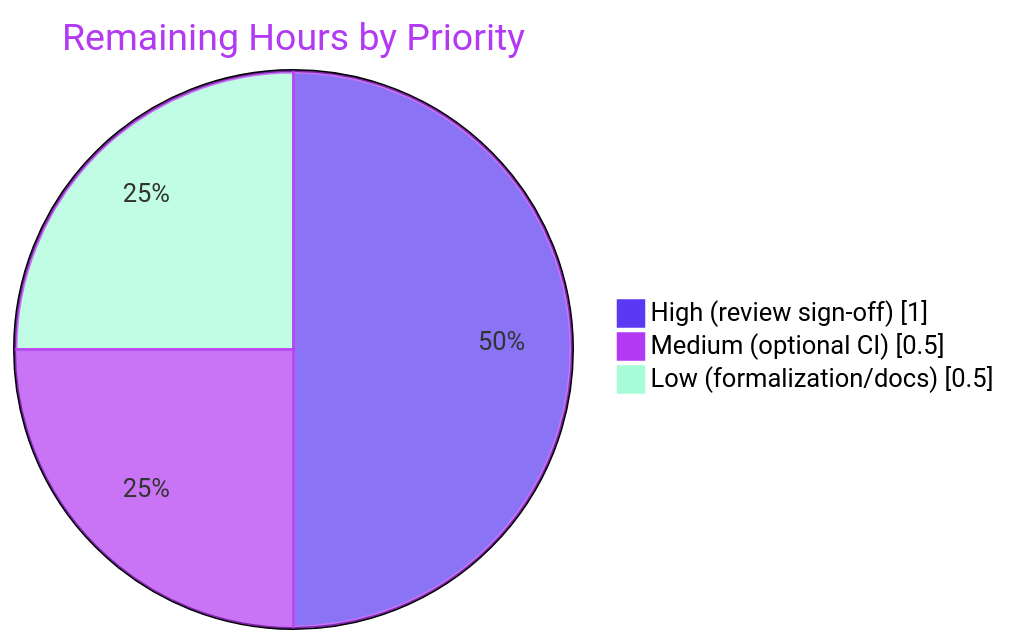
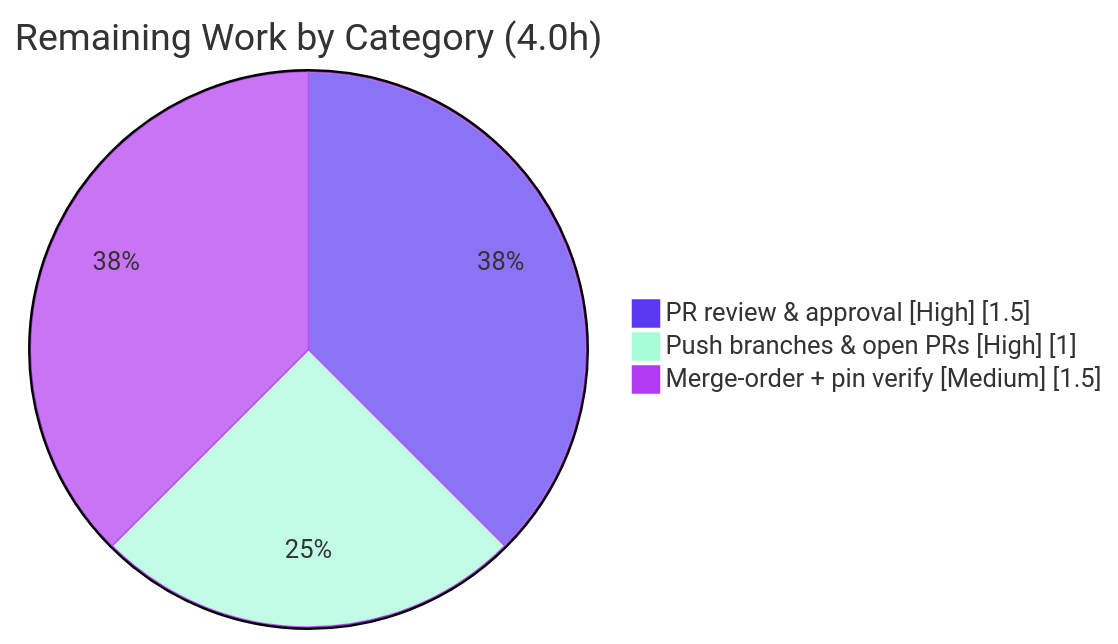
The third of 3 diagrams in blitzy/documentation/Project Guide.md (Adarsh26062002/blitzyignore-submodule-test), drawn with Mermaid before and after one commit. The commit also changed other lines of this file, not shown here.

Commit message:
Adding Blitzy Project Guide: Project Status and Human Tasks Remaining

````diff
--- a/blitzy/documentation/Project Guide.md
+++ b/blitzy/documentation/Project Guide.md
@@ -213,7 +205,7 @@
 ```mermaid
-%%{init: {'theme':'base','themeVariables':{'pie1':'#5B39F3','pie2':'#B23AF2','pie3':'#A8FDD9','pieStrokeColor':'#B23AF2','pieTitleTextColor':'#B23AF2','pieLegendTextColor':'#000000'}}}%%
-pie showData title Remaining Hours by Priority
-    "High (review sign-off)" : 1.0
-    "Medium (optional CI)" : 0.5
-    "Low (formalization/docs)" : 0.5
+%%{init: {'theme':'base','themeVariables':{'pie1':'#5B39F3','pie2':'#A8FDD9','pie3':'#B23AF2','pieStrokeColor':'#B23AF2','pieStrokeWidth':'1px'}}}%%
+pie showData title Remaining Work by Category (4.0h)
+    "PR review & approval [High]" : 1.5
+    "Push branches & open PRs [High]" : 1.0
+    "Merge-order + pin verify [Medium]" : 1.5
 ```
````
